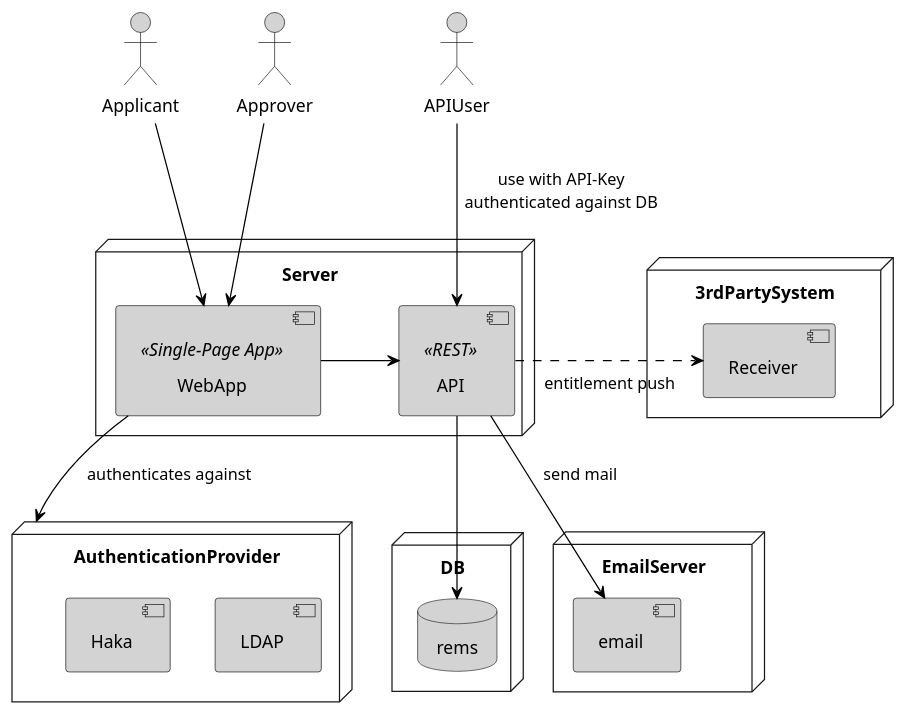
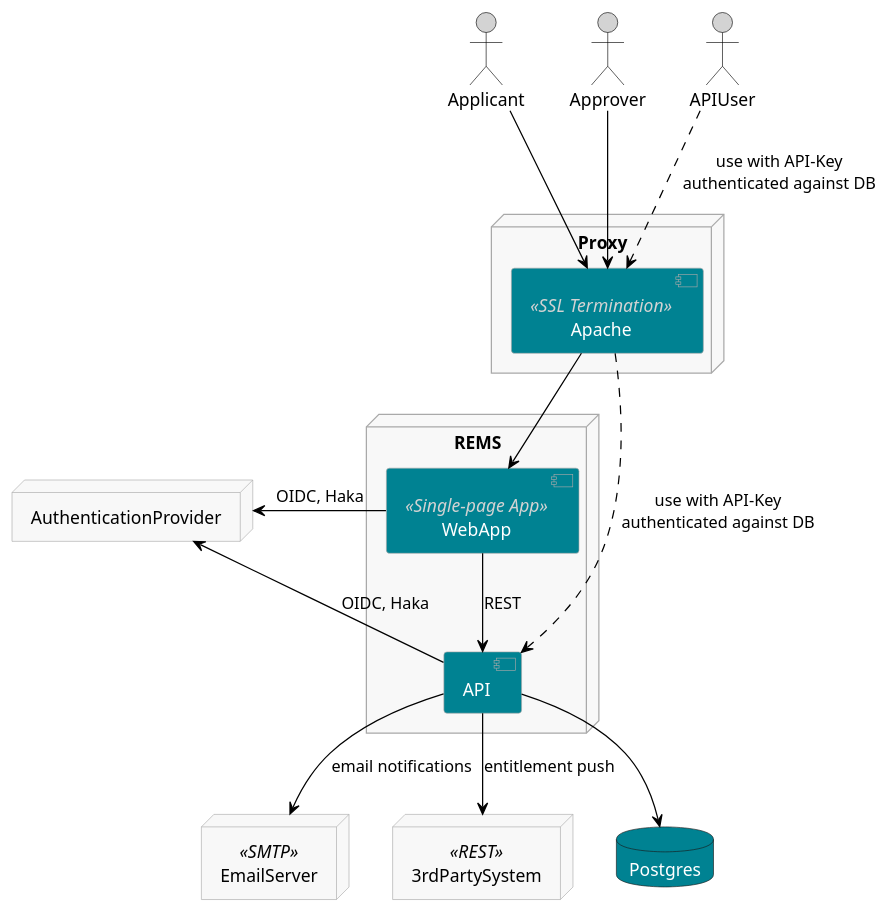
The diagram in docs/architecture-en.plantuml (CSCfi/rems), drawn with PlantUML before and after one commit. The commit also changed 3 other files, not shown here.

Commit message:
feat: updated architecture diagram

```diff
--- a/docs/architecture-en.plantuml
+++ b/docs/architecture-en.plantuml
@@ -1,49 +1,62 @@
 @startuml
 skinParam ArrowColor Black
 skinParam BackgroundColor White
-skinParam componentBorderColor Black
 skinParam actorBorderColor Black
-skinparam componentBackgroundColor LightGray
-skinparam databaseBackgroundColor LightGray
 skinparam actorBackgroundColor LightGray
-skinparam Padding 5
+skinParam componentBorderColor DarkGray
+skinparam componentFontColor White
+skinparam componentStereotypeFontColor LightGray
+skinparam componentBackgroundColor #008292
+skinparam databaseFontColor White
+skinparam databaseBackgroundColor #008292
+skinparam entityBackgroundColor LightGray
+skinparam entityBorderColor DarkGray
+skinparam queueBackgroundColor LightGray
+skinparam queueBorderColor DarkGray
+skinparam frameBorderColor DarkGray
+skinparam frameBackgroundColor #f8f8f8
+skinparam nodeBorderColor DarkGray
+skinparam nodeBackgroundColor #f8f8f8
+skinparam DefaultTextAlignment Center
 
-actor Applicant
-actor Approver
-actor APIUser
+together {
+  actor Applicant
+  actor Approver
+  actor APIUser
+}
+
+node Proxy {
+  component Apache << SSL Termination >>
+}
+
+node REMS {
+  component WebApp << Single-page App >>
+
+  component API
+}
 
 node AuthenticationProvider {
-  component LDAP
-  component Haka
 }
 
-node Server {
-  component WebApp <<Single-Page App>>
-  component API <<REST>>
+database Postgres
+
+node EmailServer << SMTP >> {
 }
 
-WebApp --> AuthenticationProvider : "authenticates against"
-
-Applicant --> WebApp
-Approver --> WebApp
-WebApp -> API : "     "
-APIUser --> API : "use with API-Key\nauthenticated against DB"
+node 3rdPartySystem << REST >> {
+}
 
 
-node DB {
-  database rems
-}
+WebApp -left-> AuthenticationProvider : "OIDC, Haka"
+WebApp -down-> API : "REST"
+API -left-> AuthenticationProvider : "OIDC, Haka"
+Applicant -down-> Apache
+Approver -down-> Apache
+Apache -down-> WebApp
+APIUser .down.> Apache : "use with API-Key\nauthenticated against DB"
+Apache .down.> API : "use with API-Key\nauthenticated against DB"
+API -down-> Postgres
+API -down-> EmailServer : "email notifications"
+API -down-> 3rdPartySystem : "entitlement push"
 
-node EmailServer {
-  component email
-}
-
-API --> email : "send mail"
-
-node 3rdPartySystem {
-  component Receiver
-}
-
-API --> rems
-API .> Receiver : "entitlement push"
 @enduml
```
